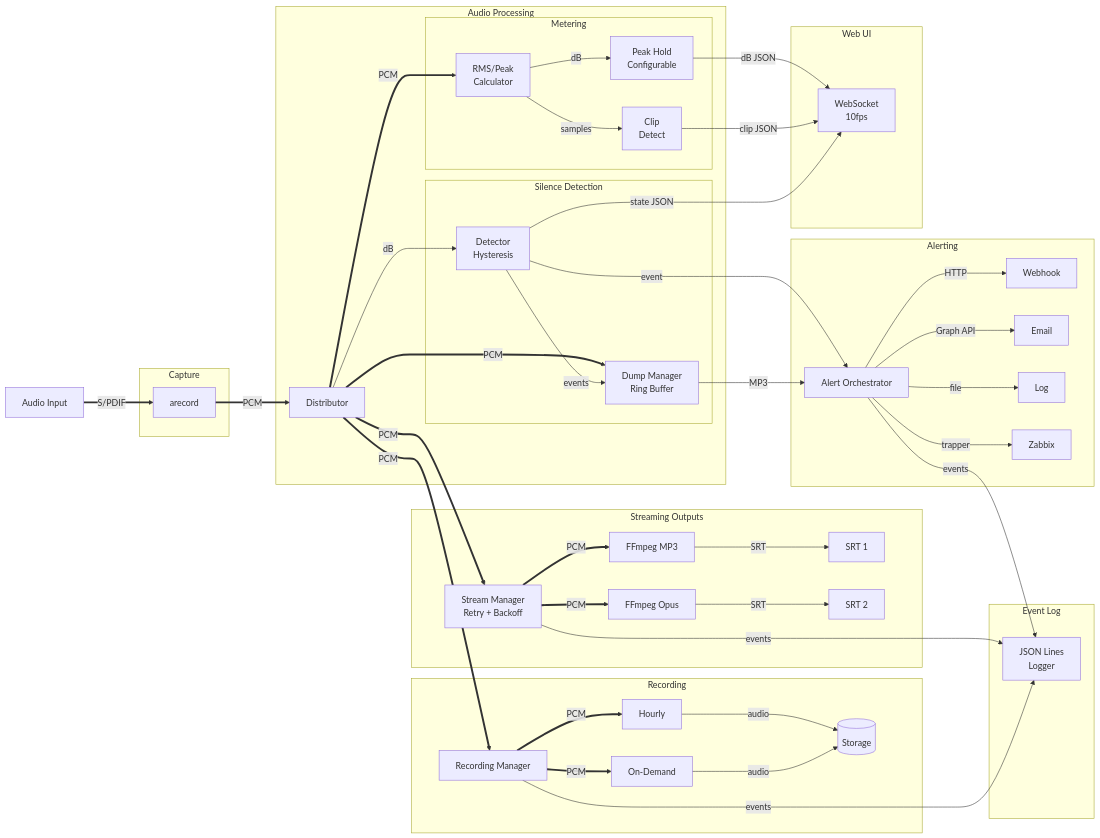
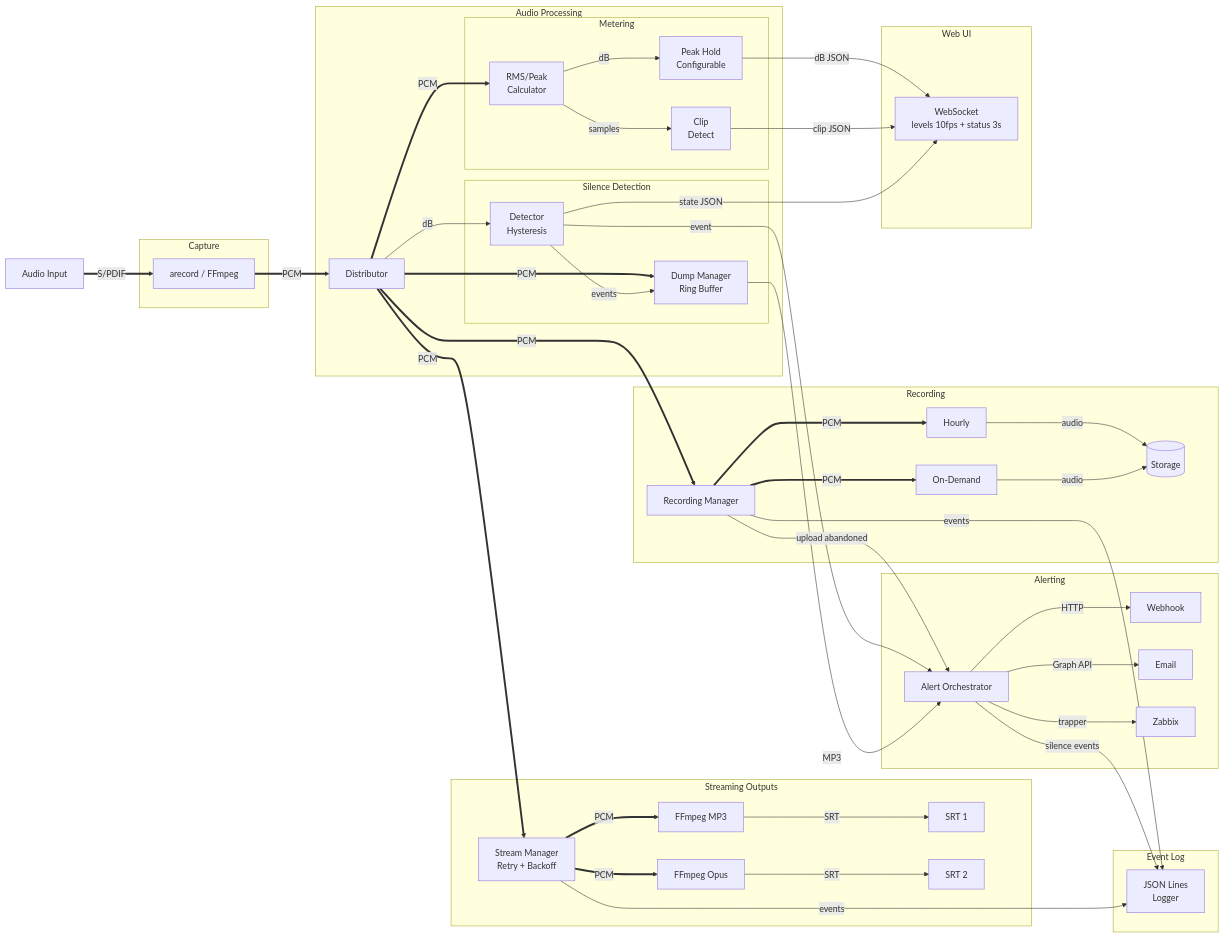
One commit to oszuidwest/zwfm-encoder changed the diagram in README.md. Above: the diagram before and after it, drawn with Mermaid. The commit also changed other lines of this file and 1 other file, not shown here.

````diff
--- a/README.md
+++ b/README.md
@@ -224,7 +222,7 @@
     A[Audio Input]
 
     subgraph Capture["Capture"]
-        B[arecord]
+        B[arecord / FFmpeg]
     end
 
     subgraph Processing["Audio Processing"]
@@ -261,12 +259,11 @@
         SN[Alert Orchestrator]
         N1[Webhook]
         N2[Email]
-        N3[Log]
         N4[Zabbix]
     end
 
     subgraph UI["Web UI"]
-        WS[WebSocket<br>10fps]
+        WS[WebSocket<br>levels 10fps + status 3s]
     end
 
     subgraph EventLog["Event Log"]
@@ -293,9 +290,8 @@
     SDM -->|MP3| SN
     SN -->|HTTP| N1
     SN -->|Graph API| N2
-    SN -->|file| N3
     SN -->|trapper| N4
-    SN -->|events| EL
+    SN -->|silence events| EL
 
     %% Streaming
     D ==>|PCM| OM
@@ -308,4 +304,5 @@
     RM ==>|PCM| R1 -->|audio| ST
     RM ==>|PCM| R2 -->|audio| ST
     RM -->|events| EL
+    RM -->|upload abandoned| SN
 ```
````
